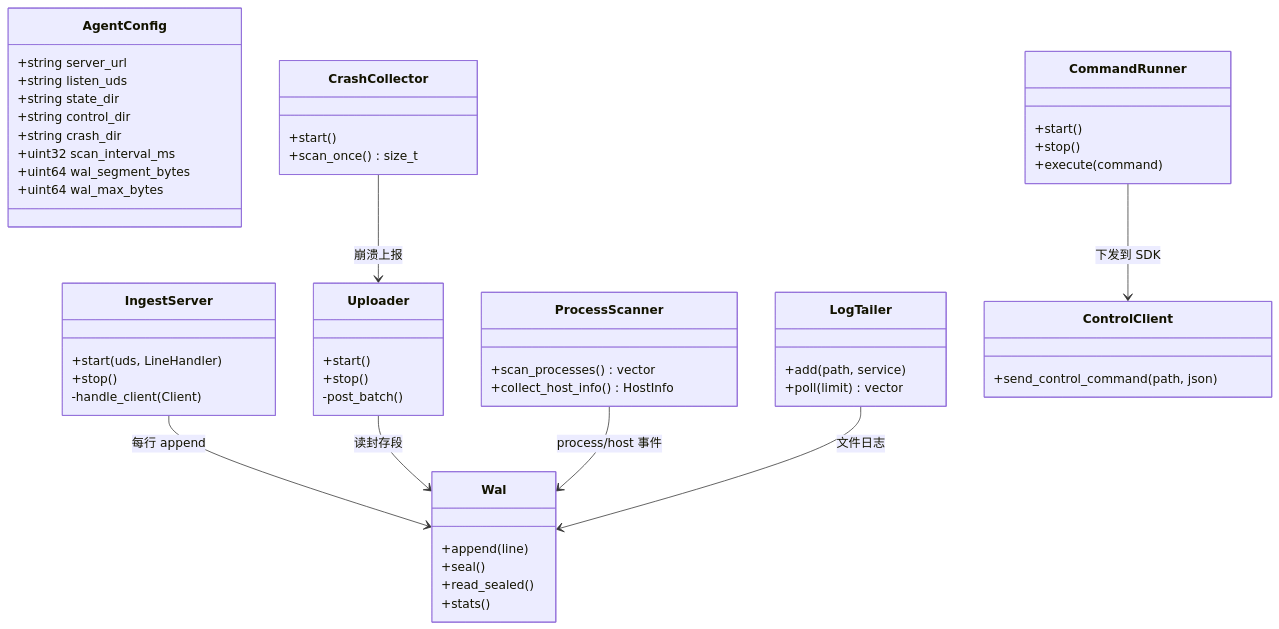
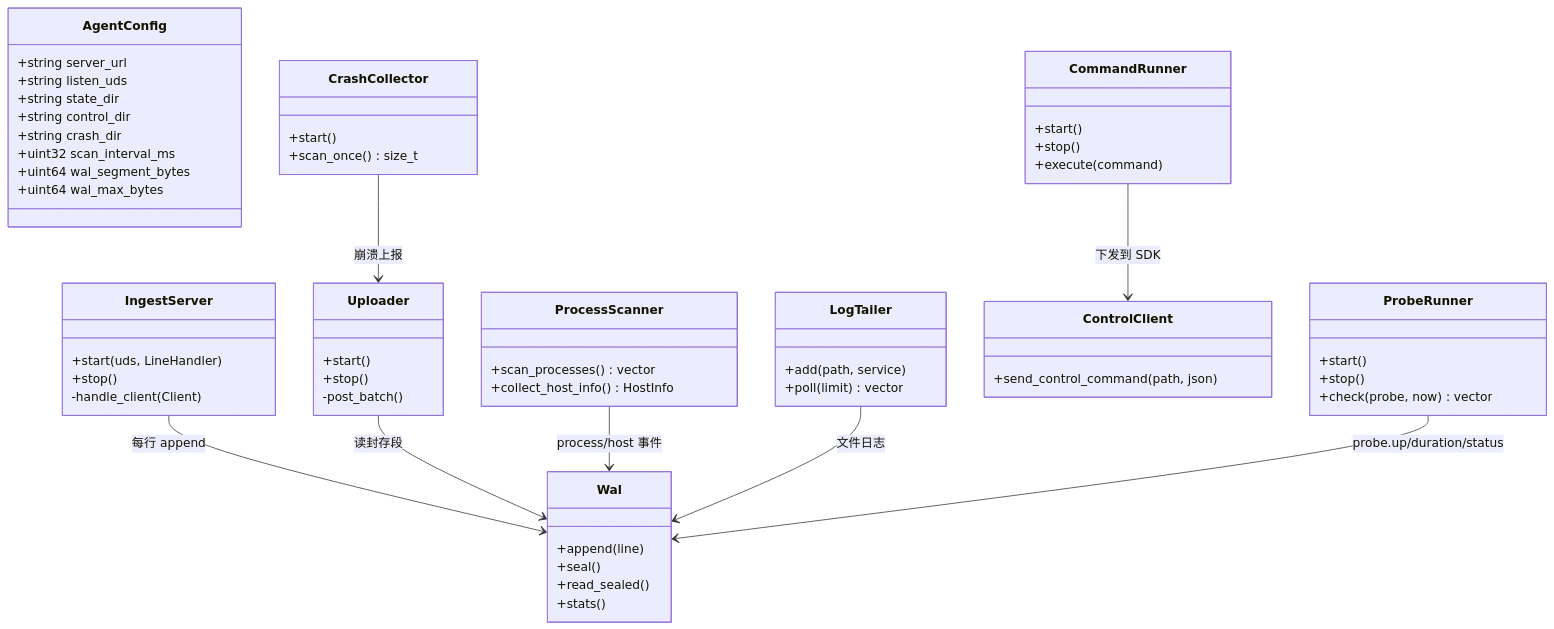
The third of 15 diagrams in docs/module-design.md (git163/CplusTrace), drawn with Mermaid before and after one commit. The commit also changed other lines of this file and 15 other files, not shown here.

First line of the commit message:
补齐示例使用手册与 Web 截图，并同步文档

````diff
--- a/docs/module-design.md
+++ b/docs/module-design.md
@@ -593,56 +596,62 @@
 ```mermaid
 classDiagram
   class AgentConfig {
     +string server_url
     +string listen_uds
     +string state_dir
     +string control_dir
     +string crash_dir
     +uint32 scan_interval_ms
     +uint64 wal_segment_bytes
     +uint64 wal_max_bytes
   }
   class IngestServer {
     +start(uds, LineHandler)
     +stop()
     -handle_client(Client)
   }
   class Wal {
     +append(line)
     +seal()
     +read_sealed()
     +stats()
   }
   class Uploader {
     +start()
     +stop()
     -post_batch()
   }
   class ProcessScanner {
     +scan_processes() vector
     +collect_host_info() HostInfo
   }
   class LogTailer {
     +add(path, service)
     +poll(limit) vector
   }
   class CommandRunner {
     +start()
     +stop()
     +execute(command)
   }
   class ControlClient {
     +send_control_command(path, json)
   }
   class CrashCollector {
     +start()
     +scan_once() size_t
   }
+  class ProbeRunner {
+    +start()
+    +stop()
+    +check(probe, now) vector
+  }
 
   IngestServer --> Wal : 每行 append
   Uploader --> Wal : 读封存段
   CommandRunner --> ControlClient : 下发到 SDK
   ProcessScanner --> Wal : process/host 事件
   LogTailer --> Wal : 文件日志
   CrashCollector --> Uploader : 崩溃上报
+  ProbeRunner --> Wal : probe.up/duration/status
 ```
````
